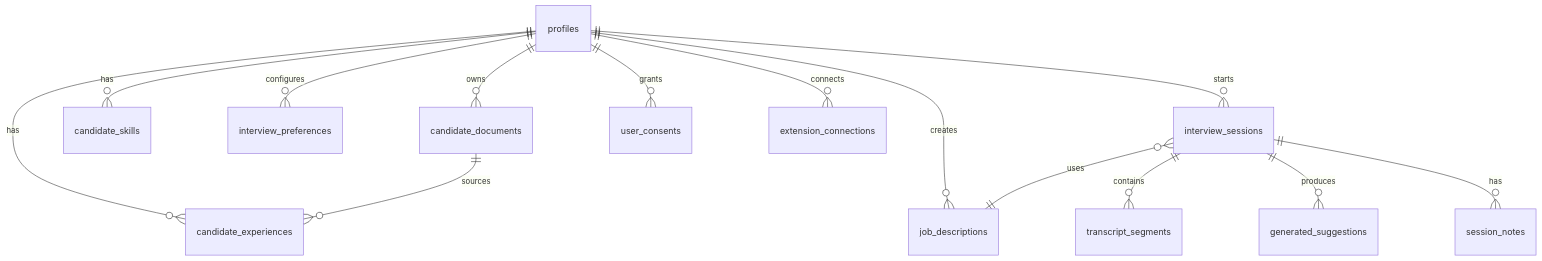
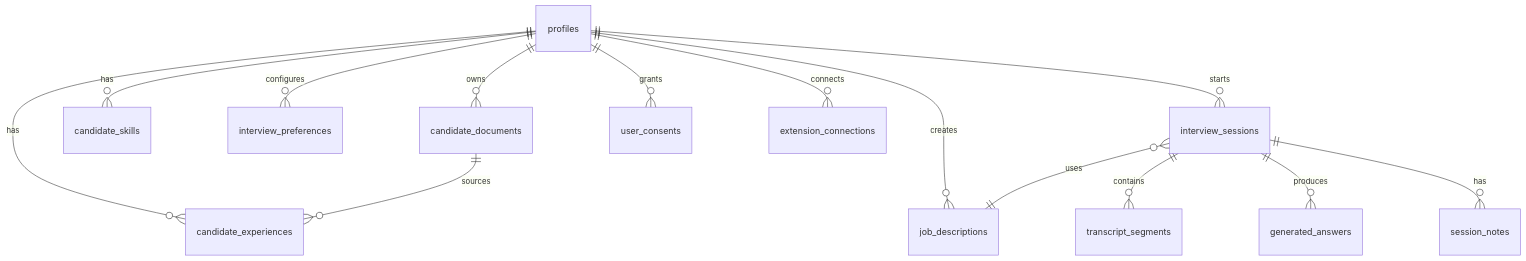
One commit to Legit-cloud/AI-Interviewer-for-candidates changed the third of 3 diagrams in Vren AI — Product Requirements Document.md. Above: the diagram before and after it, drawn with Mermaid. The commit also changed other lines of this file, not shown here.

First line of the commit message:
Rewrite PRD to v1.1: ready-to-say answers, thin extension, pairing code, Private view

````diff
--- a/Vren AI — Product Requirements Document.md
+++ b/Vren AI — Product Requirements Document.md
@@ -731,16 +762,16 @@
 ```mermaid
 erDiagram
   profiles ||--o{ candidate_documents : owns
   profiles ||--o{ candidate_experiences : has
   profiles ||--o{ candidate_skills : has
   profiles ||--o{ job_descriptions : creates
   profiles ||--o{ interview_preferences : configures
   profiles ||--o{ interview_sessions : starts
   profiles ||--o{ user_consents : grants
   profiles ||--o{ extension_connections : connects
   interview_sessions }o--|| job_descriptions : uses
   interview_sessions ||--o{ transcript_segments : contains
-  interview_sessions ||--o{ generated_suggestions : produces
+  interview_sessions ||--o{ generated_answers : produces
   interview_sessions ||--o{ session_notes : has
   candidate_documents ||--o{ candidate_experiences : sources
 ```
````
